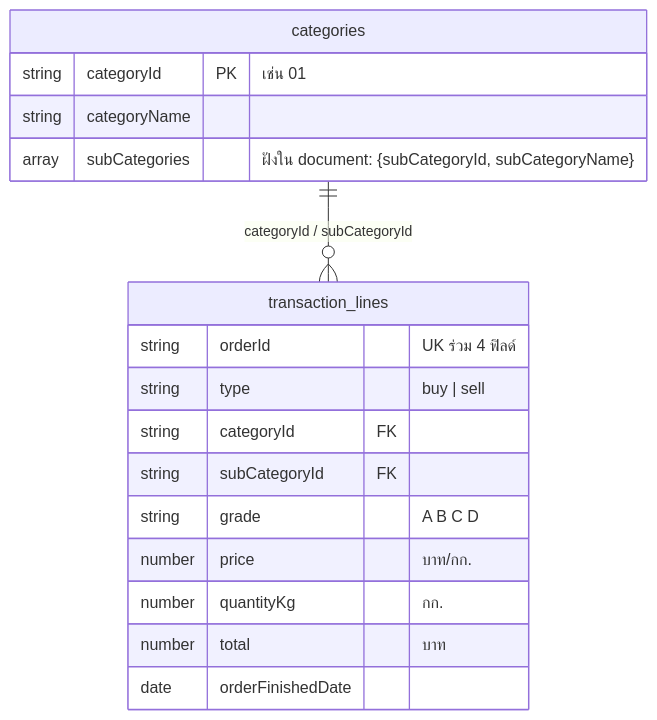
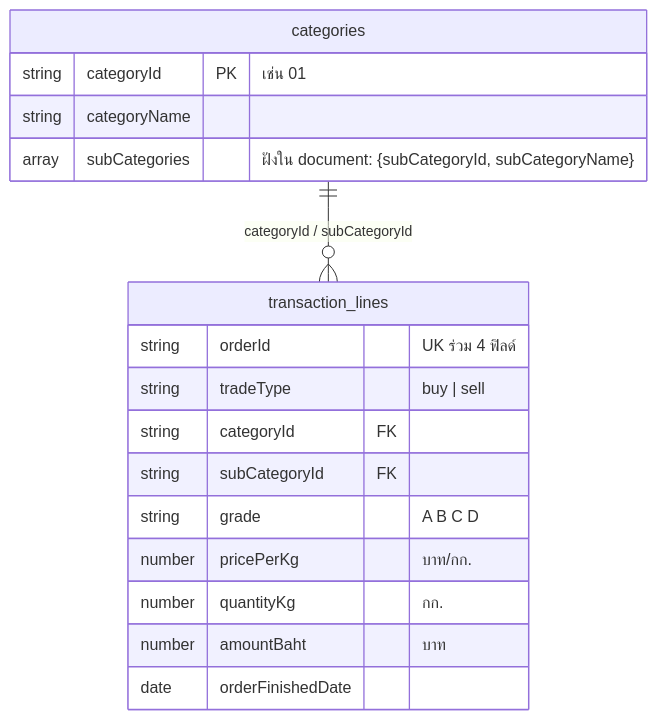
The fourth of 5 diagrams in docs/flow.md (MetissU/AssignmentUnii), drawn with Mermaid before and after one commit. The commit also changed other lines of this file and 23 other files, not shown here.

````diff
--- a/docs/flow.md
+++ b/docs/flow.md
@@ -89,20 +89,20 @@
 ```mermaid
 erDiagram
     categories {
         string categoryId PK "เช่น 01"
         string categoryName
         array subCategories "ฝังใน document: {subCategoryId, subCategoryName}"
     }
     transaction_lines {
         string orderId "UK ร่วม 4 ฟิลด์"
-        string type "buy | sell"
+        string tradeType "buy | sell"
         string categoryId FK
         string subCategoryId FK
         string grade "A B C D"
-        number price "บาท/กก."
+        number pricePerKg "บาท/กก."
         number quantityKg "กก."
-        number total "บาท"
+        number amountBaht "บาท"
         date orderFinishedDate
     }
     categories ||--o{ transaction_lines : "categoryId / subCategoryId"
 ```
````
